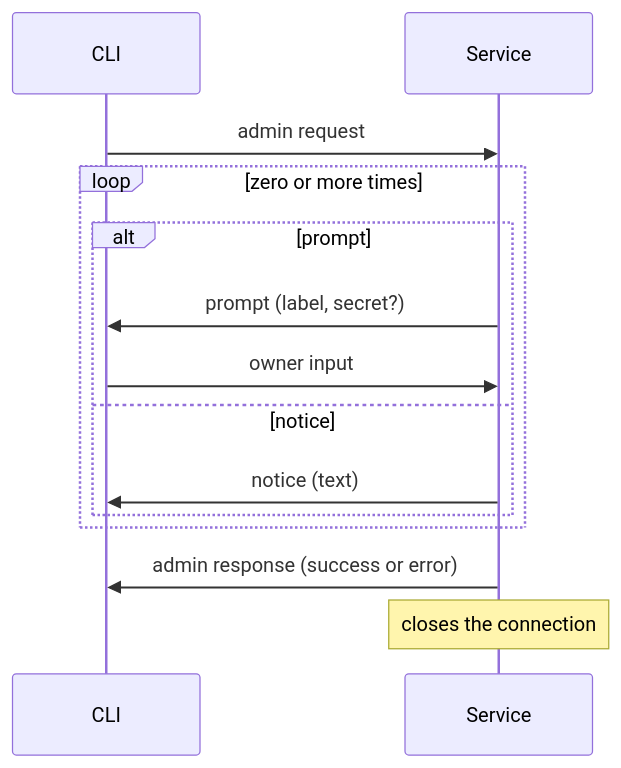
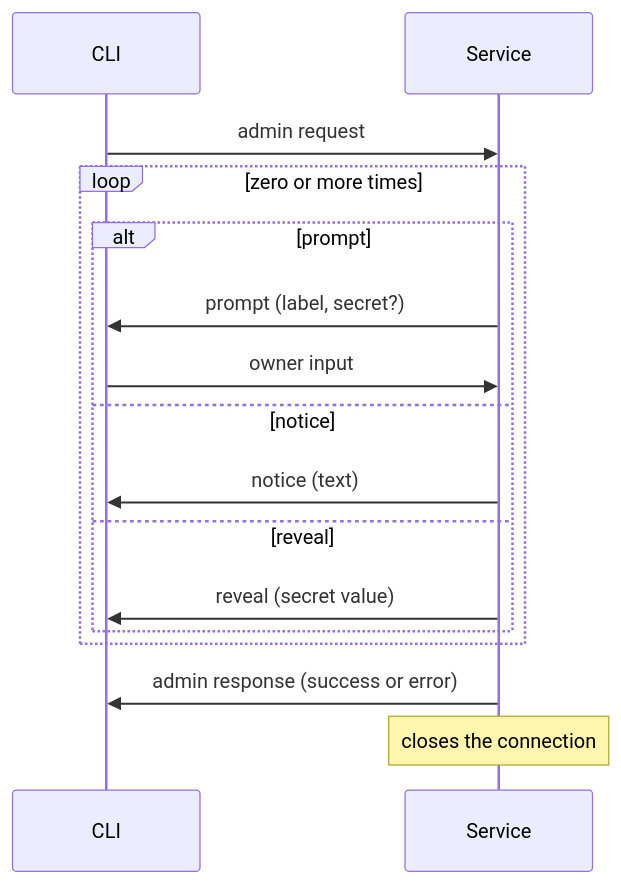
One commit to CjS77/iron-vault changed the diagram in design/admin-protocol.md. Above: the diagram before and after it, drawn with Mermaid. The commit also changed other lines of this file, not shown here.

First line of the commit message:
docs(admin-protocol): add the reveal frame and the init command

````diff
--- a/design/admin-protocol.md
+++ b/design/admin-protocol.md
@@ -30,16 +31,18 @@
 ```mermaid
 sequenceDiagram
     participant CLI
     participant Service
     CLI->>Service: admin request
     loop zero or more times
         alt prompt
             Service->>CLI: prompt (label, secret?)
             CLI->>Service: owner input
         else notice
             Service->>CLI: notice (text)
+        else reveal
+            Service->>CLI: reveal (secret value)
         end
     end
     Service->>CLI: admin response (success or error)
     Note over Service: closes the connection
 ```
````
